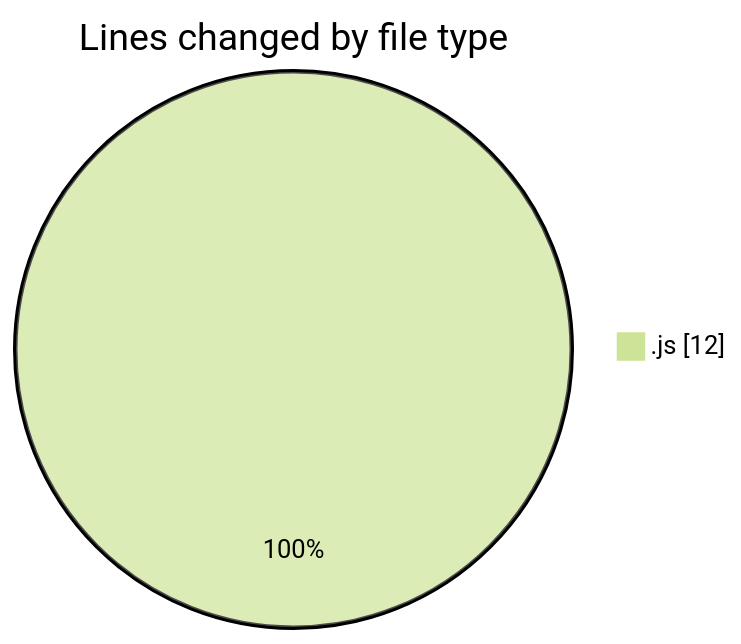
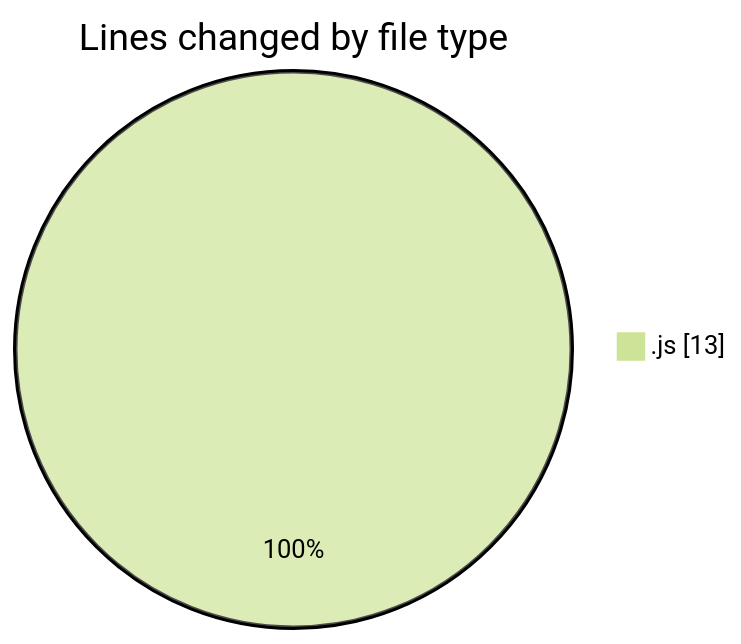
One commit to BS-eng2023/code-tracking changed the first of 2 diagrams in 2025-03-15/jsproject/README.md. Above: the diagram before and after it, drawn with Mermaid (forest theme). The commit also changed other lines of this file and 1 other file, not shown here.

````diff
--- a/2025-03-15/jsproject/README.md
+++ b/2025-03-15/jsproject/README.md
@@ -20,5 +20,5 @@
 ```mermaid
 pie showData
 title Lines changed by file type
-".js" : 12
+".js" : 13
 ```
````
